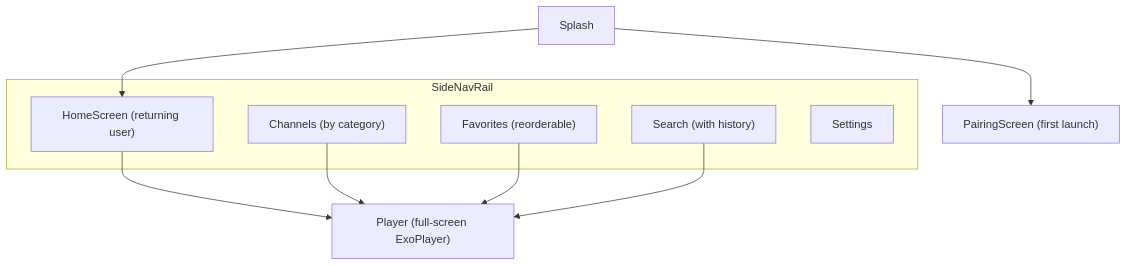
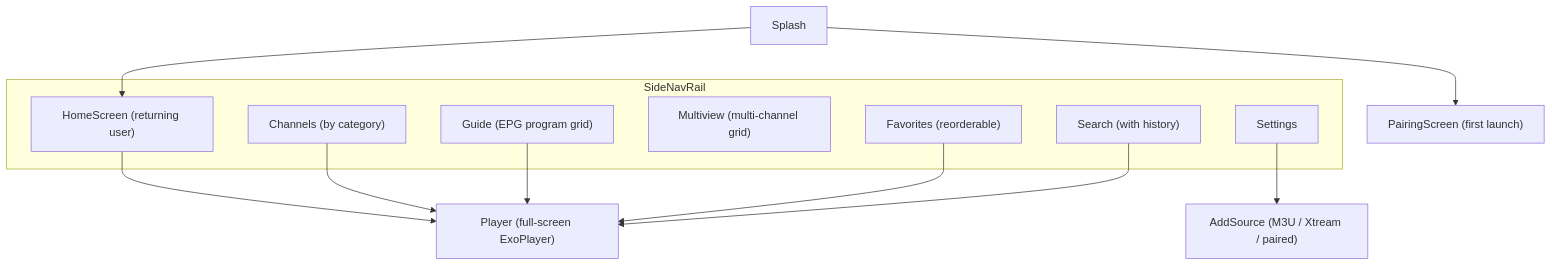
The fourth of 4 diagrams in docs/ARCHITECTURE.md (akshaynikhare/FireVisionIPTV), drawn with Mermaid before and after one commit. The commit also changed other lines of this file and 2 other files, not shown here.

Commit message:
docs: update API and architecture documentation to reflect recent changes in endpoints and components

````diff
--- a/docs/ARCHITECTURE.md
+++ b/docs/ARCHITECTURE.md
@@ -119,18 +124,22 @@
 ```mermaid
 flowchart TD
     Splash --> Pairing["PairingScreen (first launch)"]
     Splash --> Home["HomeScreen (returning user)"]
 
     subgraph "SideNavRail"
         Home
         Channels["Channels (by category)"]
+        Guide["Guide (EPG program grid)"]
+        Multiview["Multiview (multi-channel grid)"]
         Favorites["Favorites (reorderable)"]
         Search["Search (with history)"]
         Settings
     end
 
+    Settings --> AddSource["AddSource (M3U / Xtream / paired)"]
     Home --> Player["Player (full-screen ExoPlayer)"]
     Channels --> Player
+    Guide --> Player
     Favorites --> Player
     Search --> Player
 ```
````
